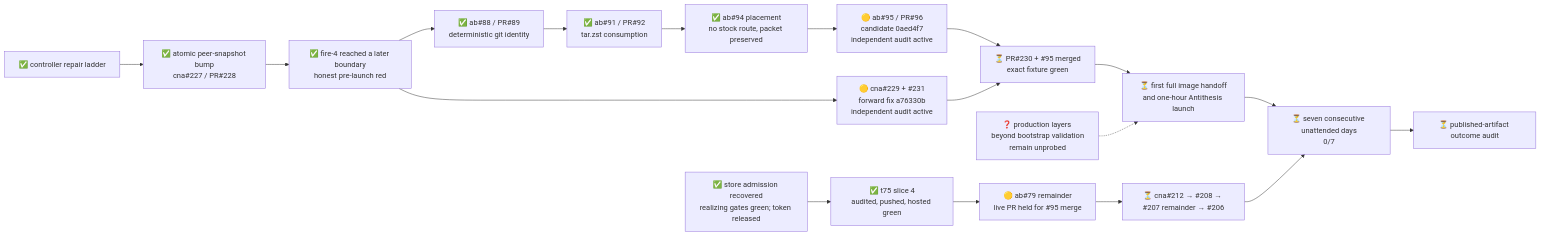
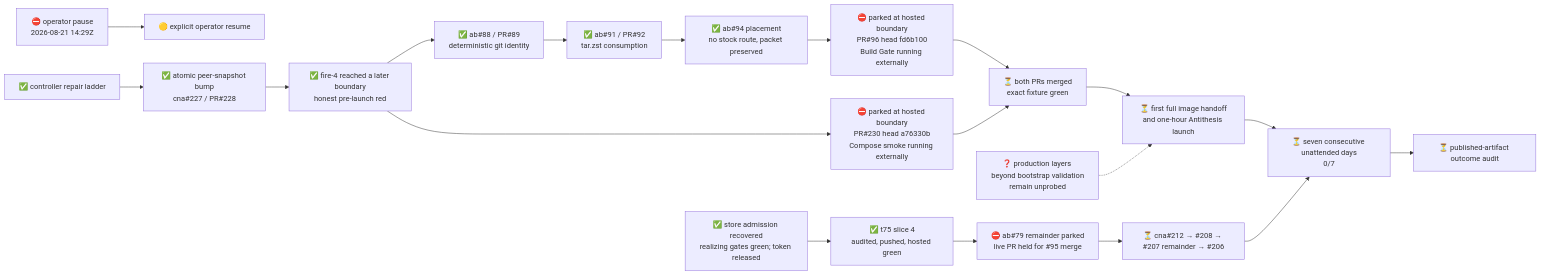
One commit to cardano-foundation/cardano-node-antithesis changed the diagram in .milestones/2/state.md. Above: the diagram before and after it, drawn with Mermaid. The commit also changed other lines of this file and 3 other files, not shown here.

````diff
--- a/.milestones/2/state.md
+++ b/.milestones/2/state.md
@@ -7,16 +13,17 @@
 ```mermaid
 flowchart LR
+    pause["⛔ operator pause<br/>2026-08-21 14:29Z"] --> resume["🟡 explicit operator resume"]
     ladder["✅ controller repair ladder"] --> atomic["✅ atomic peer-snapshot bump<br/>cna#227 / PR#228"]
     atomic --> fire4["✅ fire-4 reached a later boundary<br/>honest pre-launch red"]
-    fire4 --> observe["🟡 cna#229 + #231<br/>forward fix a76330b<br/>independent audit active"]
+    fire4 --> observe["⛔ parked at hosted boundary<br/>PR#230 head a76330b<br/>Compose smoke running externally"]
     fire4 --> gitinfo["✅ ab#88 / PR#89<br/>deterministic git identity"]
     gitinfo --> archives["✅ ab#91 / PR#92<br/>tar.zst consumption"]
     archives --> noroute["✅ ab#94 placement<br/>no stock route, packet preserved"]
-    noroute --> patch95["🟡 ab#95 / PR#96<br/>candidate 0aed4f7<br/>independent audit active"] --> fire5["⏳ PR#230 + #95 merged<br/>exact fixture green"]
+    noroute --> patch95["⛔ parked at hosted boundary<br/>PR#96 head fd6b100<br/>Build Gate running externally"] --> fire5["⏳ both PRs merged<br/>exact fixture green"]
     observe --> fire5
     fire5 --> launch["⏳ first full image handoff<br/>and one-hour Antithesis launch"]
     launch --> streak["⏳ seven consecutive unattended days<br/>0/7"] --> audit["⏳ published-artifact outcome audit"]
     capacity["✅ store admission recovered<br/>realizing gates green; token released"] --> t75["✅ t75 slice 4<br/>audited, pushed, hosted green"]
-    t75 --> handoff79["🟡 ab#79 remainder<br/>live PR held for #95 merge"] --> hardening["⏳ cna#212 → #208 → #207 remainder → #206"] --> streak
+    t75 --> handoff79["⛔ ab#79 remainder parked<br/>live PR held for #95 merge"] --> hardening["⏳ cna#212 → #208 → #207 remainder → #206"] --> streak
     unknown["❓ production layers beyond bootstrap validation<br/>remain unprobed"] -.-> launch
 ```
````
